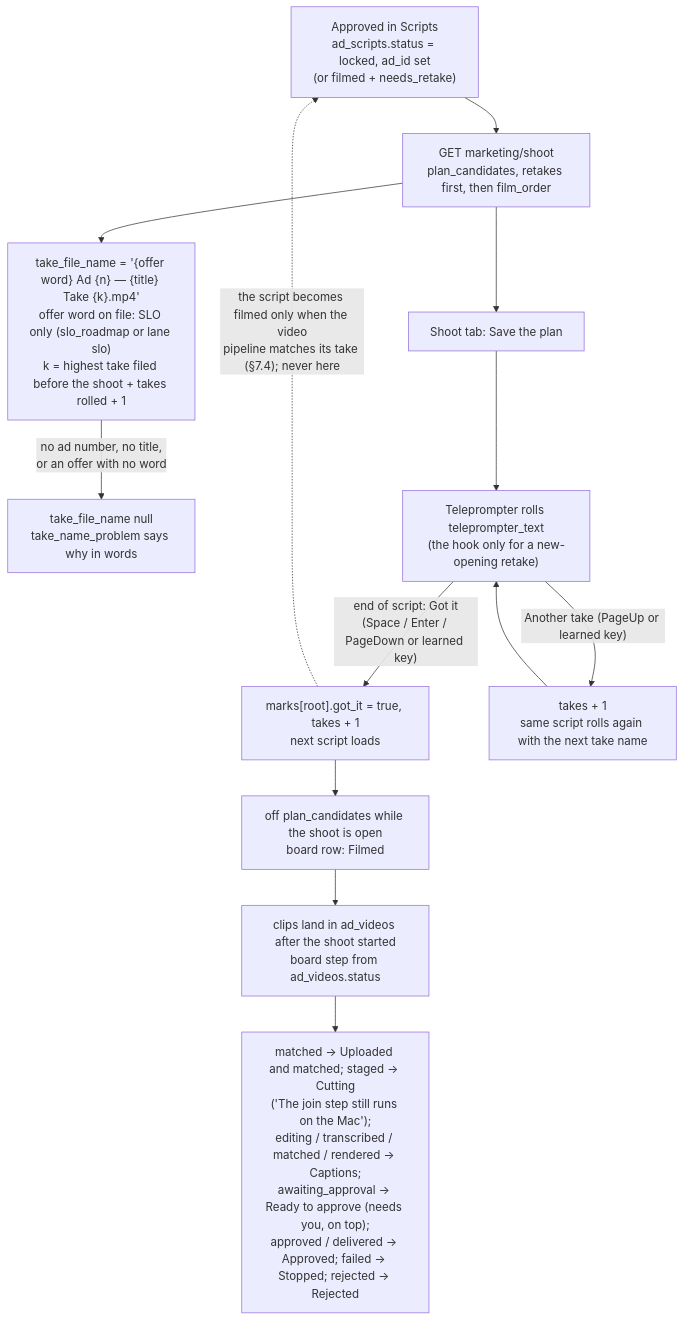
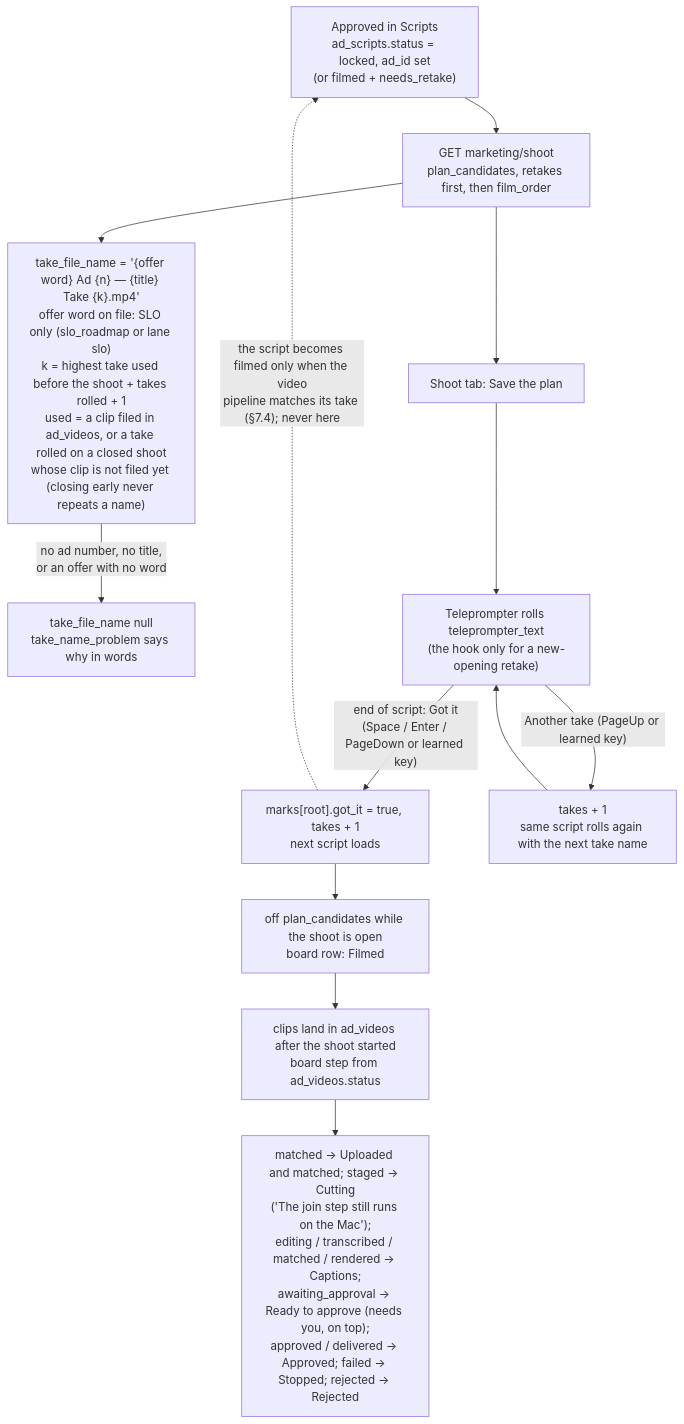
Before and after one commit to ZootimusMaximusSupreme/fundhub-platform: the second of 2 diagrams in docs/journeys/shoot-flow.md, drawn with Mermaid. The commit also changed other lines of this file and 8 other files, not shown here.

First line of the commit message:
X5: take numbers never repeat after a shoot is closed; past shoots count finished ads

````diff
--- a/docs/journeys/shoot-flow.md
+++ b/docs/journeys/shoot-flow.md
@@ -26,15 +26,15 @@
 ```mermaid
 flowchart TD
     A["Approved in Scripts<br/>ad_scripts.status = locked, ad_id set<br/>(or filmed + needs_retake)"] --> B["GET marketing/shoot<br/>plan_candidates, retakes first, then film_order"]
-    B --> N["take_file_name = '{offer word} Ad {n} — {title} Take {k}.mp4'<br/>offer word on file: SLO only (slo_roadmap or lane slo)<br/>k = highest take filed before the shoot + takes rolled + 1"]
+    B --> N["take_file_name = '{offer word} Ad {n} — {title} Take {k}.mp4'<br/>offer word on file: SLO only (slo_roadmap or lane slo)<br/>k = highest take used before the shoot + takes rolled + 1<br/>used = a clip filed in ad_videos, or a take rolled on a closed shoot<br/>whose clip is not filed yet (closing early never repeats a name)"]
     N -->|"no ad number, no title,<br/>or an offer with no word"| X["take_file_name null<br/>take_name_problem says why in words"]
     B --> P["Shoot tab: Save the plan"]
     P --> T["Teleprompter rolls teleprompter_text<br/>(the hook only for a new-opening retake)"]
     T -->|"end of script: Got it<br/>(Space / Enter / PageDown or learned key)"| G["marks[root].got_it = true, takes + 1<br/>next script loads"]
     T -->|"Another take (PageUp or learned key)"| R["takes + 1<br/>same script rolls again with the next take name"]
     R --> T
     G --> L["off plan_candidates while the shoot is open<br/>board row: Filmed"]
     L --> V["clips land in ad_videos after the shoot started<br/>board step from ad_videos.status"]
     V --> S["matched → Uploaded and matched; staged → Cutting<br/>('The join step still runs on the Mac');<br/>editing / transcribed / matched / rendered → Captions;<br/>awaiting_approval → Ready to approve (needs you, on top);<br/>approved / delivered → Approved; failed → Stopped; rejected → Rejected"]
     G -.->|"the script becomes filmed only when the video<br/>pipeline matches its take (§7.4); never here"| A
 ```
````
